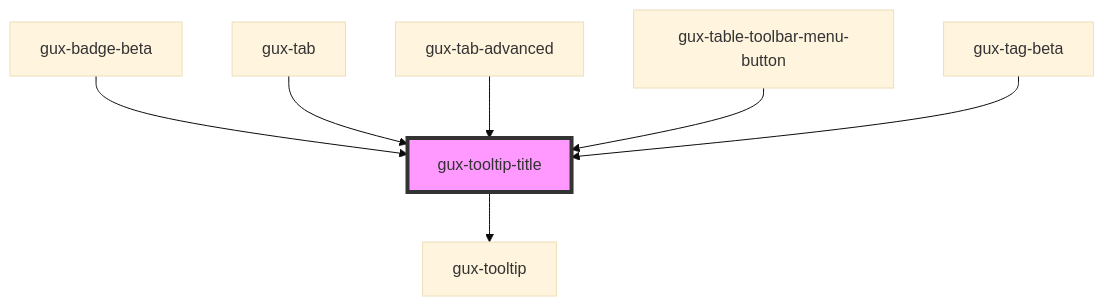
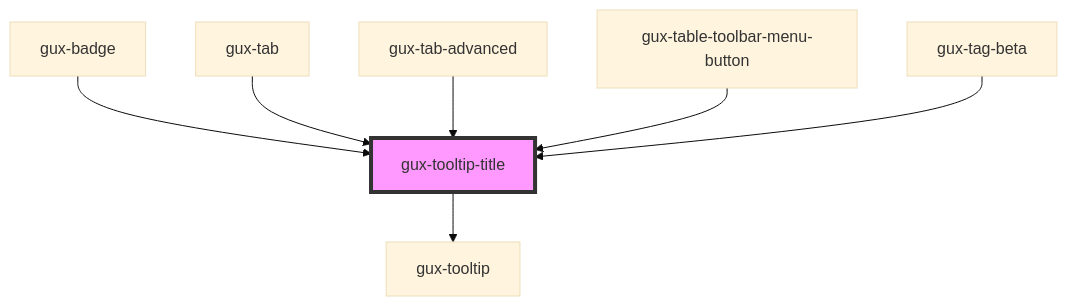
Before and after one commit to MyPureCloud/genesys-spark: the diagram in packages/genesys-spark-components/src/components/stable/gux-tooltip-title/readme.md, drawn with Mermaid (base theme). The commit also changed other lines of this file and 22 other files, not shown here.

````diff
--- a/packages/genesys-spark-components/src/components/stable/gux-tooltip-title/readme.md
+++ b/packages/genesys-spark-components/src/components/stable/gux-tooltip-title/readme.md
@@ -46,10 +46,10 @@
 ```mermaid
 graph TD;
   gux-tooltip-title --> gux-tooltip
-  gux-badge-beta --> gux-tooltip-title
+  gux-badge --> gux-tooltip-title
   gux-tab --> gux-tooltip-title
   gux-tab-advanced --> gux-tooltip-title
   gux-table-toolbar-menu-button --> gux-tooltip-title
   gux-tag-beta --> gux-tooltip-title
   style gux-tooltip-title fill:#f9f,stroke:#333,stroke-width:4px
 ```
````
